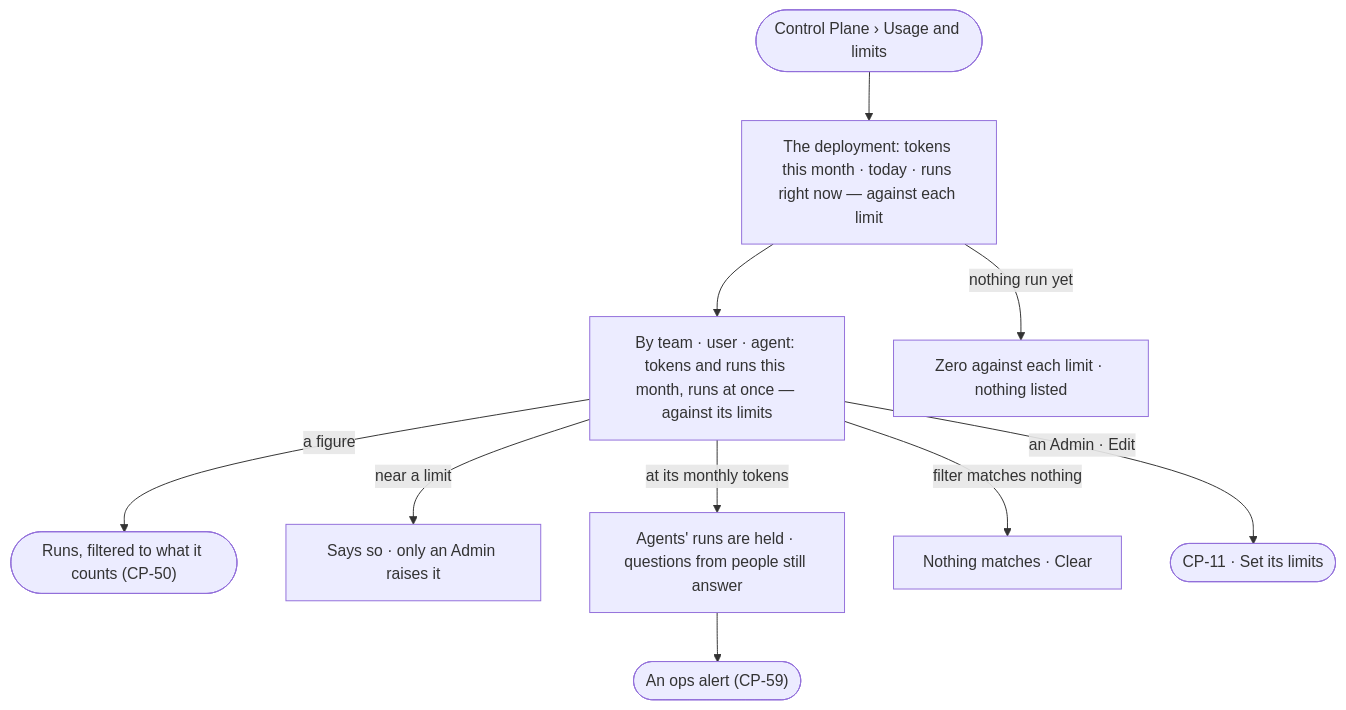
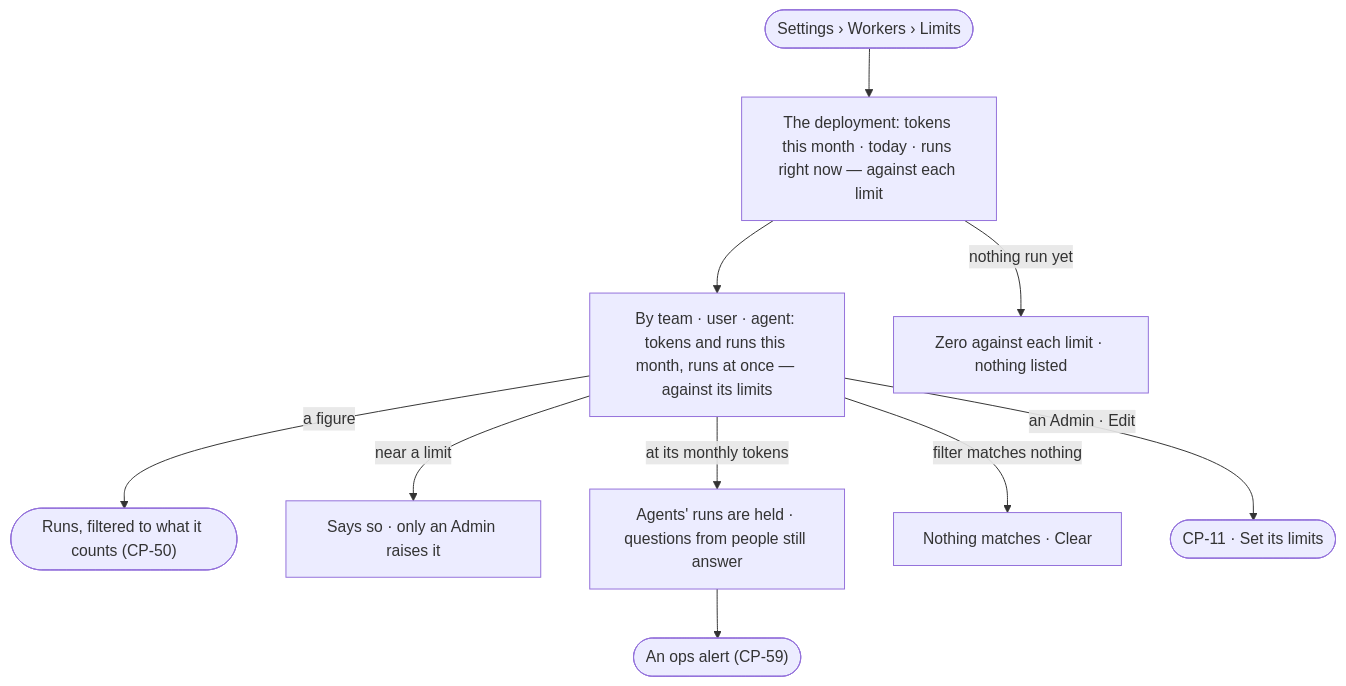
The diagram in specs/os/control/features/CP-F04-limits/stories/CP-34-read-what-each-team-user-and-agent-spends-against-its-limits/story.md (invana/invana), drawn with Mermaid before and after one commit. The commit also changed other lines of this file and 456 other files, not shown here.

````diff
--- a/specs/os/control/features/CP-F04-limits/stories/CP-34-read-what-each-team-user-and-agent-spends-against-its-limits/story.md
+++ b/specs/os/control/features/CP-F04-limits/stories/CP-34-read-what-each-team-user-and-agent-spends-against-its-limits/story.md
@@ -26,12 +27,12 @@
 ```mermaid
 flowchart TD
-  s([Control Plane › Usage and limits]) --> m["The deployment: tokens this month · today · runs right now — against each limit"]
+  s([Settings › Workers › Limits]) --> m["The deployment: tokens this month · today · runs right now — against each limit"]
   m --> by["By team · user · agent: tokens and runs this month, runs at once — against its limits"]
   by -->|a figure| runs(["Runs, filtered to what it counts (CP-50)"])
   by -->|near a limit| nl["Says so · only an Admin raises it"]
   by -->|at its monthly tokens| at["Agents' runs are held · questions from people still answer"]
   at --> al(["An ops alert (CP-59)"])
   m -->|nothing run yet| z["Zero against each limit · nothing listed"]
   by -->|filter matches nothing| f["Nothing matches · Clear"]
   by -->|an Admin · Edit| lim(["CP-11 · Set its limits"])
 ```
````
